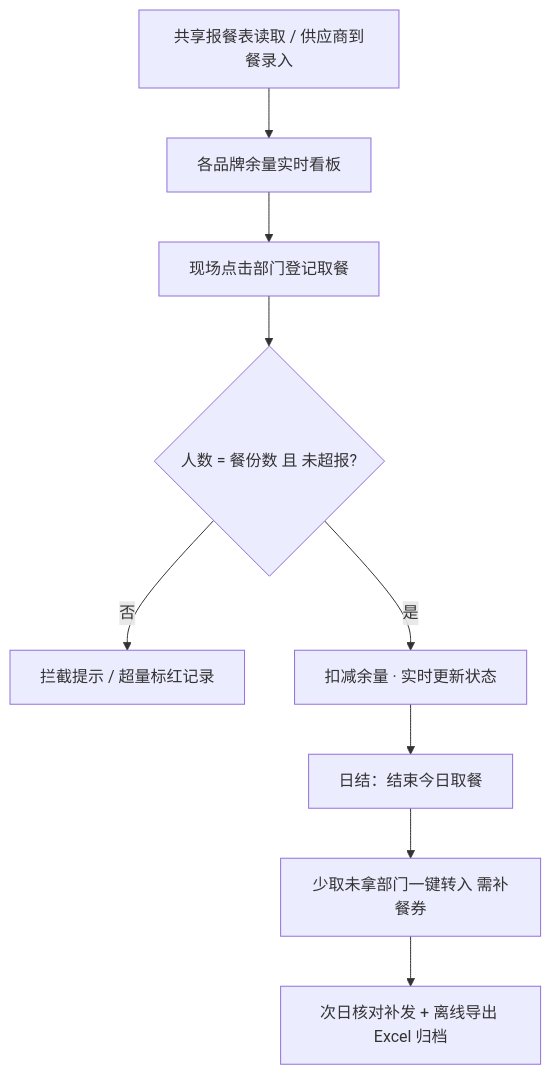
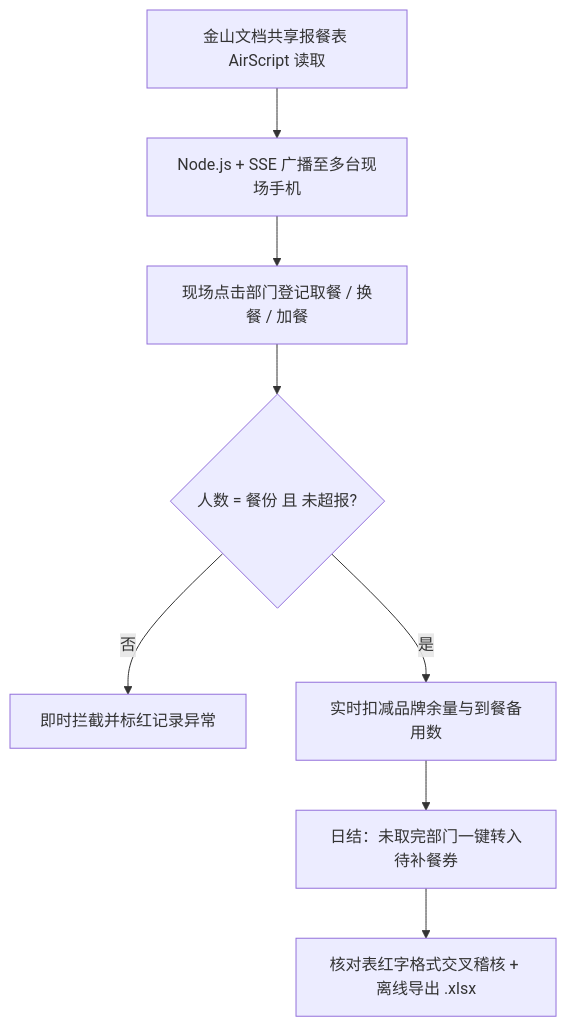
One commit to x60skim/yiting-portfolio changed the diagram in README.md. Above: the diagram before and after it, drawn with Mermaid. The commit also changed other lines of this file and 1 other file, not shown here.

````diff
--- a/README.md
+++ b/README.md
@@ -29,11 +19,10 @@
 ```mermaid
 flowchart TD
-    A[共享报餐表读取 / 供应商到餐录入] --> B[各品牌余量实时看板]
-    B --> C[现场点击部门登记取餐]
-    C --> D{人数 = 餐份数 且 未超报?}
-    D -- 否 --> E[拦截提示 / 超量标红记录]
-    D -- 是 --> F[扣减余量 · 实时更新状态]
-    F --> G[日结：结束今日取餐]
-    G --> H[少取未拿部门一键转入 需补餐券]
-    H --> I[次日核对补发 + 离线导出 Excel 归档]
+    A[金山文档共享报餐表 AirScript 读取] --> B[Node.js + SSE 广播至多台现场手机]
+    B --> C[现场点击部门登记取餐 / 换餐 / 加餐]
+    C --> D{人数 = 餐份 且 未超报?}
+    D -- 否 --> E[即时拦截并标红记录异常]
+    D -- 是 --> F[实时扣减品牌余量与到餐备用数]
+    F --> G[日结：未取完部门一键转入待补餐券]
+    G --> H[核对表红字格式交叉稽核 + 离线导出 .xlsx]
 ```
````
